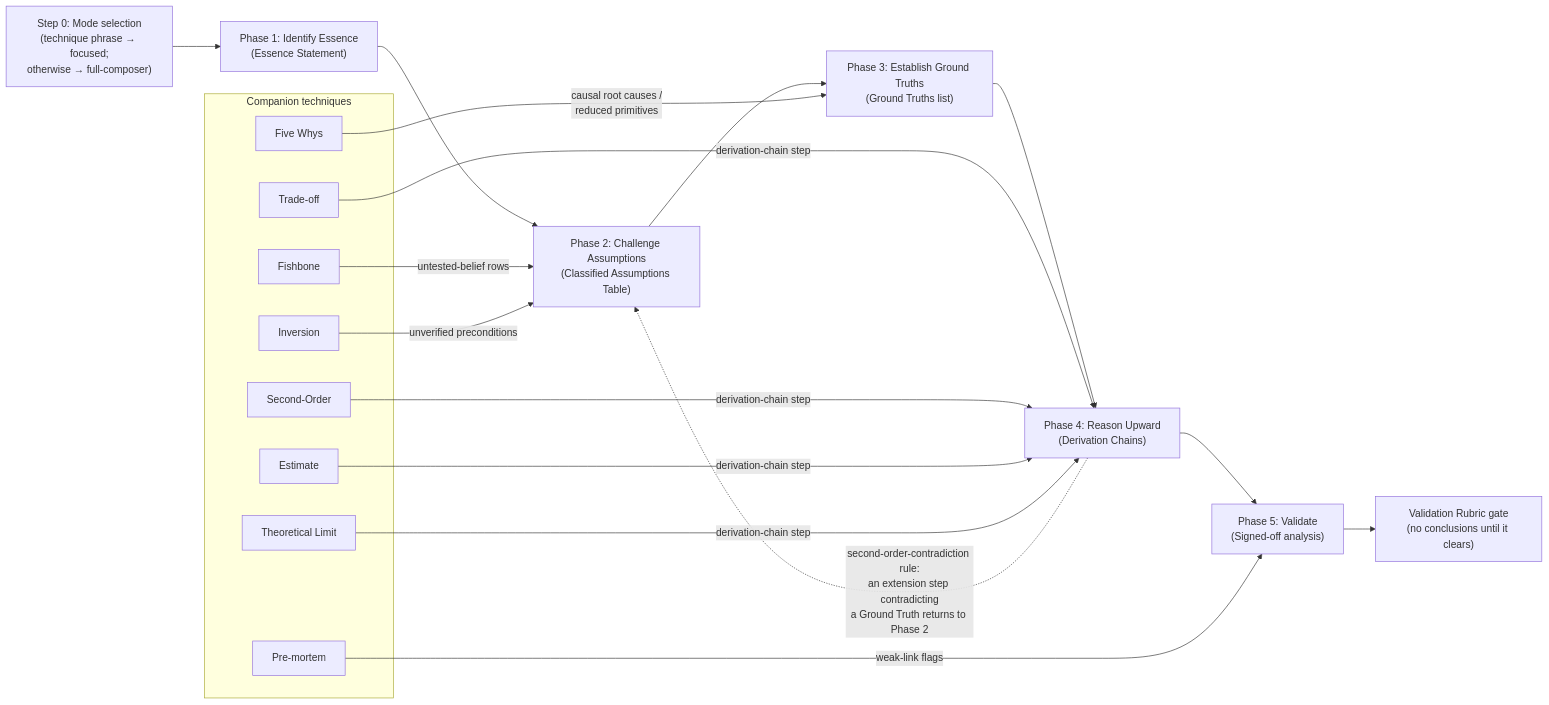
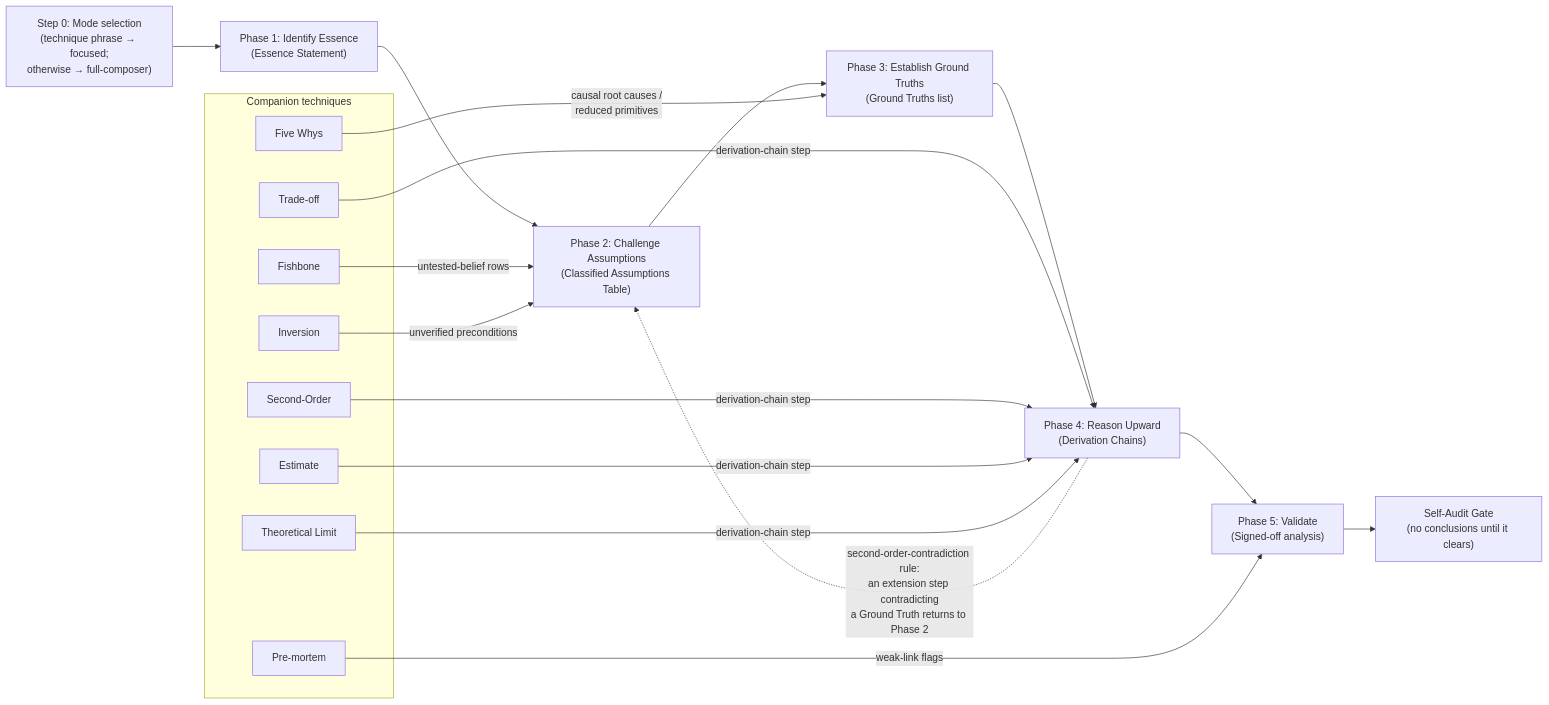
One commit to chrisdavidson/first-principles-skill changed the diagram in docs/FIVE-PHASE-FLOW.md. Above: the diagram before and after it, drawn with Mermaid. The commit also changed other lines of this file and 36 other files, not shown here.

First line of the commit message:
fix(agent): raise turn budget and rename the validation rubric to Self-Audit Gate

````diff
--- a/docs/FIVE-PHASE-FLOW.md
+++ b/docs/FIVE-PHASE-FLOW.md
@@ -11,40 +11,40 @@
 ```mermaid
 flowchart LR
     STEP0["Step 0: Mode selection\n(technique phrase → focused;\notherwise → full-composer)"]
 
     ESSENCE["Phase 1: Identify Essence\n(Essence Statement)"]
     ASSUMPTIONS["Phase 2: Challenge Assumptions\n(Classified Assumptions Table)"]
     GROUNDTRUTHS["Phase 3: Establish Ground Truths\n(Ground Truths list)"]
     REASON["Phase 4: Reason Upward\n(Derivation Chains)"]
     VALIDATE["Phase 5: Validate\n(Signed-off analysis)"]
-    RUBRIC["Validation Rubric gate\n(no conclusions until it clears)"]
+    RUBRIC["Self-Audit Gate\n(no conclusions until it clears)"]
 
     STEP0 --> ESSENCE
     ESSENCE --> ASSUMPTIONS
     ASSUMPTIONS --> GROUNDTRUTHS
     GROUNDTRUTHS --> REASON
     REASON --> VALIDATE
     VALIDATE --> RUBRIC
 
     subgraph techniques ["Companion techniques"]
         FISHBONE["Fishbone"]
         INVERSION["Inversion"]
         FIVEWHYS["Five Whys"]
         TRADEOFF["Trade-off"]
         SECONDORDER["Second-Order"]
         ESTIMATE["Estimate"]
         THEORETICALLIMIT["Theoretical Limit"]
         PREMORTEM["Pre-mortem"]
     end
 
     FISHBONE -->|"untested-belief rows"| ASSUMPTIONS
     INVERSION -->|"unverified preconditions"| ASSUMPTIONS
     FIVEWHYS -->|"causal root causes /\nreduced primitives"| GROUNDTRUTHS
     TRADEOFF -->|"derivation-chain step"| REASON
     SECONDORDER -->|"derivation-chain step"| REASON
     ESTIMATE -->|"derivation-chain step"| REASON
     THEORETICALLIMIT -->|"derivation-chain step"| REASON
     PREMORTEM -->|"weak-link flags"| VALIDATE
 
     REASON -.->|"second-order-contradiction rule:\nan extension step contradicting\na Ground Truth returns to Phase 2"| ASSUMPTIONS
 ```
````
